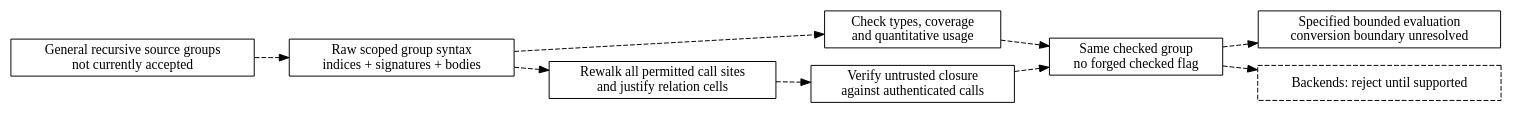
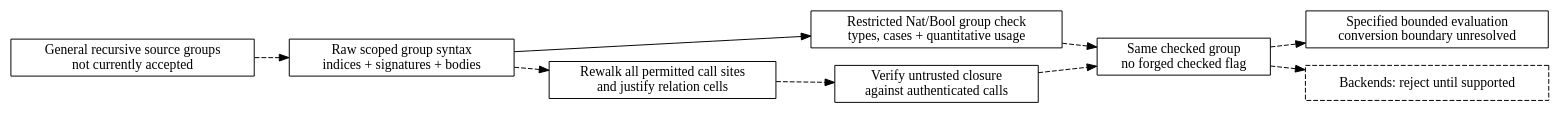
Before and after one commit to odunboye/fibril: the diagram in docs/diagrams/recursive-groups-design.dot, drawn with Graphviz. The commit also changed 6 other files, not shown here.

Commit message:
Check first-order recursive group types and usage

```diff
--- a/docs/diagrams/recursive-groups-design.dot
+++ b/docs/diagrams/recursive-groups-design.dot
@@ -1,20 +1,20 @@
 digraph RecursiveGroupsDesign {
   rankdir=LR;
   node [shape=box];
   source [label="General recursive source groups\nnot currently accepted"];
   group [label="Raw scoped group syntax\nindices + signatures + bodies"];
-  typing [label="Check types, coverage\nand quantitative usage"];
+  typing [label="Restricted Nat/Bool group check\ntypes, cases + quantitative usage"];
   calls [label="Rewalk all permitted call sites\nand justify relation cells"];
   cert [label="Verify untrusted closure\nagainst authenticated calls"];
   artifact [label="Same checked group\nno forged checked flag"];
   evaluate [label="Specified bounded evaluation\nconversion boundary unresolved"];
   backend [label="Backends: reject until supported", style=dashed];
   source -> group [style=dashed];
-  group -> typing [style=dashed];
+  group -> typing;
   typing -> artifact [style=dashed];
   group -> calls [style=dashed];
   calls -> cert [style=dashed];
   cert -> artifact [style=dashed];
   artifact -> evaluate [style=dashed];
   artifact -> backend [style=dashed];
 }
```
